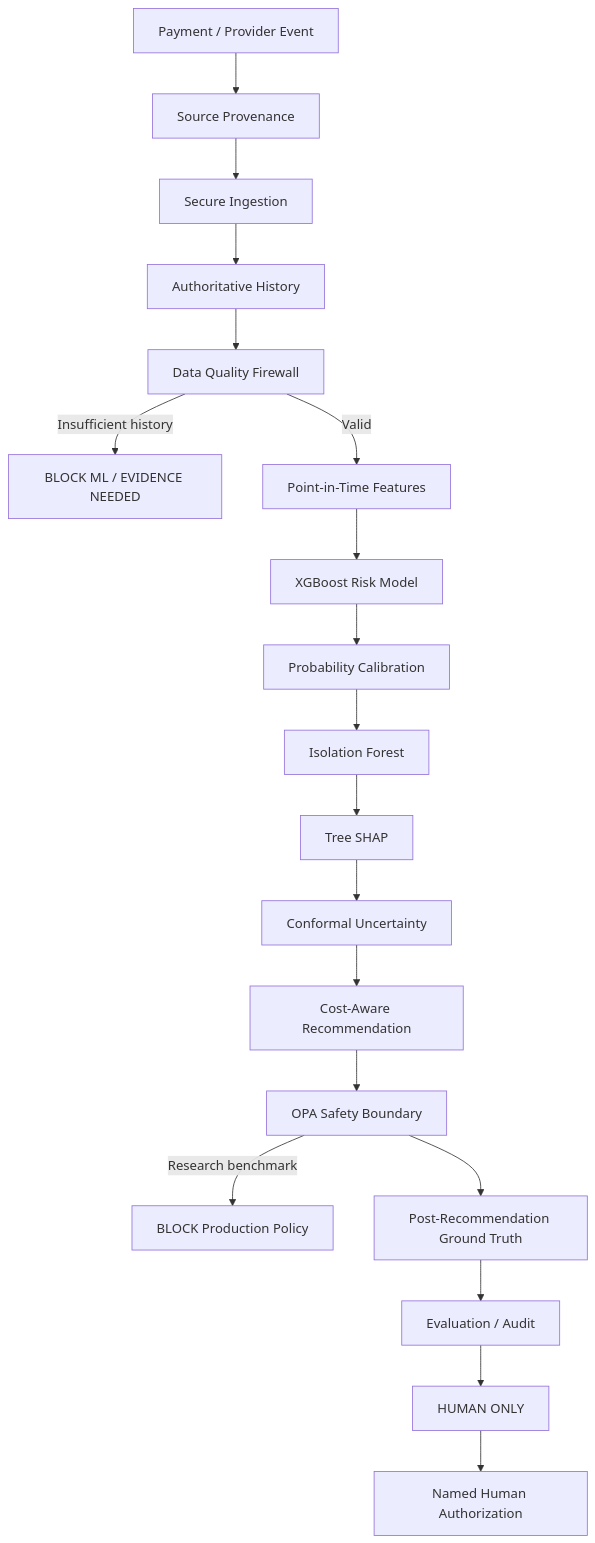
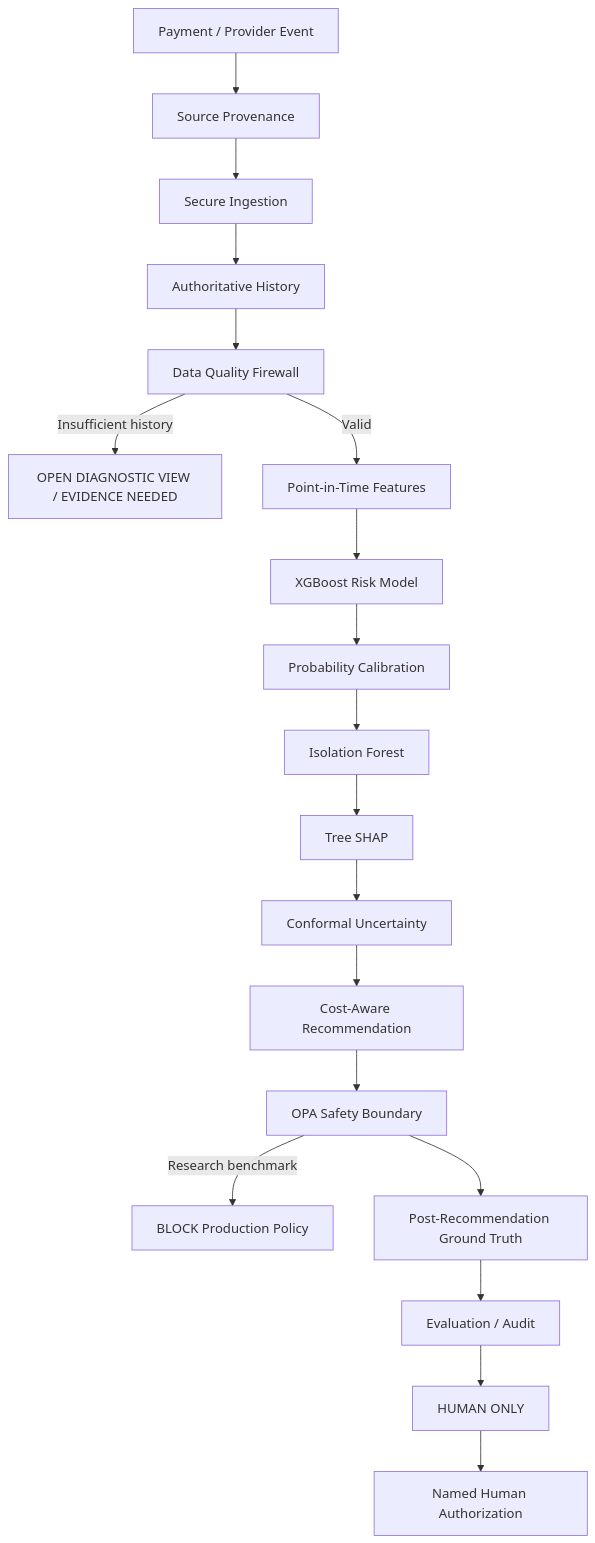
One commit to darioanderson/RazorTrust changed the diagram in docs/buildathon-final/ARCHITECTURE.md. Above: the diagram before and after it, drawn with Mermaid. The commit also changed 2 other files, not shown here.

Commit message:
Open diagnostic view for insufficient-history cases

````diff
--- a/docs/buildathon-final/ARCHITECTURE.md
+++ b/docs/buildathon-final/ARCHITECTURE.md
@@ -13,24 +13,24 @@
 ```mermaid
 flowchart TD
     A[Payment / Provider Event] --> B[Source Provenance]
     B --> C[Secure Ingestion]
     C --> D[Authoritative History]
     D --> E[Data Quality Firewall]
 
-    E -->|Insufficient history| H1[BLOCK ML / EVIDENCE NEEDED]
+    E -->|Insufficient history| H1[OPEN DIAGNOSTIC VIEW / EVIDENCE NEEDED]
     E -->|Valid| F[Point-in-Time Features]
 
     F --> G[XGBoost Risk Model]
     G --> H[Probability Calibration]
     H --> I[Isolation Forest]
     I --> J[Tree SHAP]
     J --> K[Conformal Uncertainty]
     K --> L[Cost-Aware Recommendation]
     L --> M[OPA Safety Boundary]
 
     M -->|Research benchmark| N[BLOCK Production Policy]
     M --> O[Post-Recommendation Ground Truth]
     O --> P[Evaluation / Audit]
     P --> Q[HUMAN ONLY]
     Q --> R[Named Human Authorization]
 ```
````
